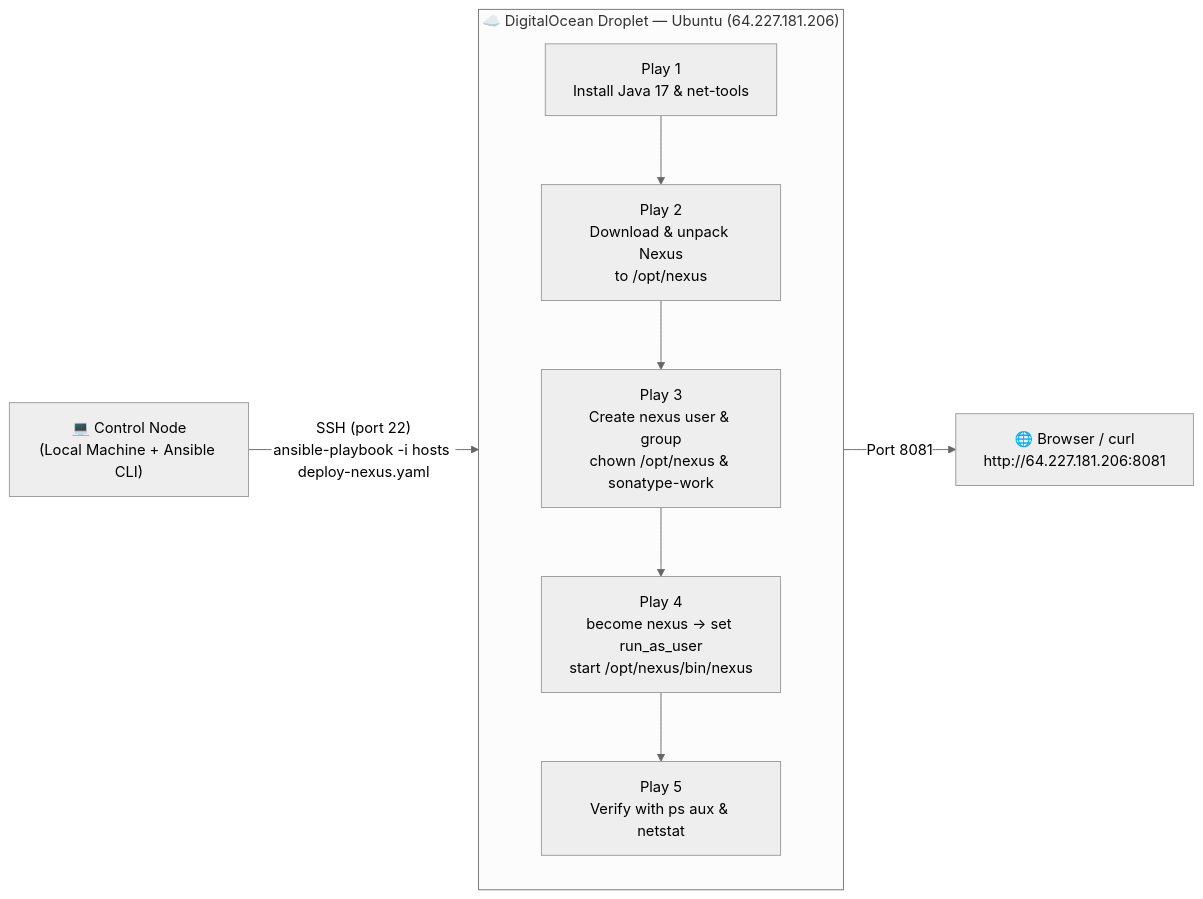
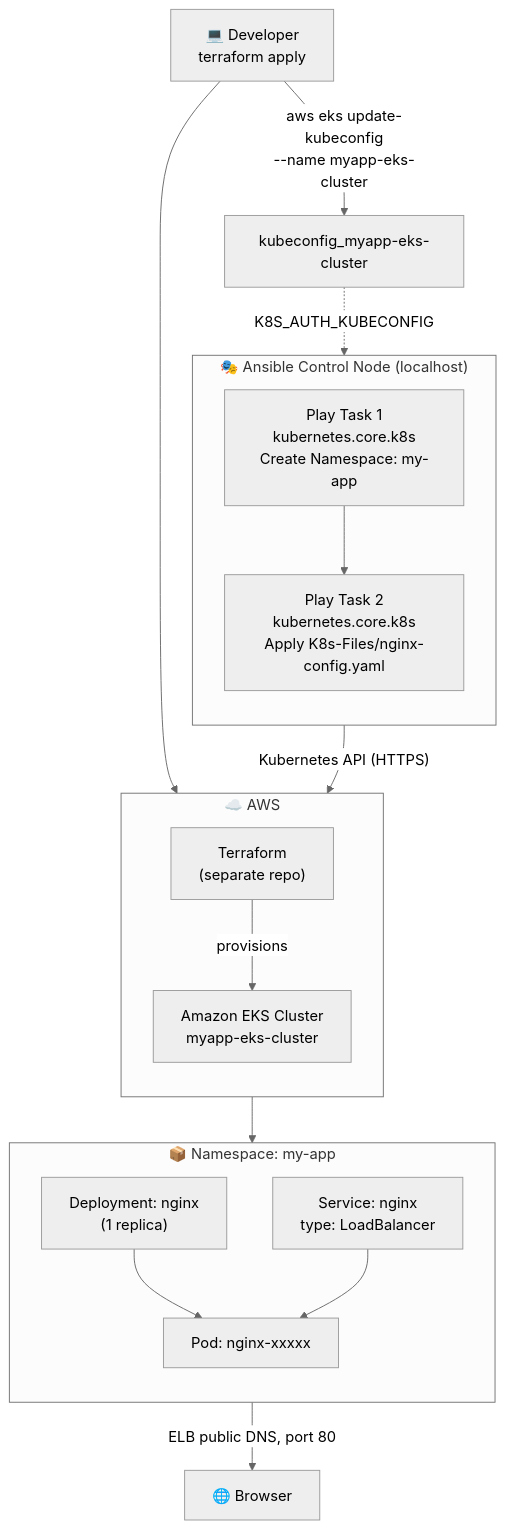
Before and after one commit to mustafa-saleh/ansible-automate-kubernetes-deployment: the diagram in README.md, drawn with Mermaid (neutral theme). The commit also changed other lines of this file and 1 other file, not shown here.

````diff
--- a/README.md
+++ b/README.md
@@ -66,14 +73,28 @@
 ```mermaid
-flowchart LR
-    A["💻 Control Node<br/>(Local Machine + Ansible CLI)"] -- "SSH (port 22)<br/>ansible-playbook -i hosts deploy-nexus.yaml" --> SG
+flowchart TB
+    Dev["💻 Developer<br/>terraform apply"] --> TF["Terraform<br/>(separate repo)"]
 
-    subgraph SG["☁️ DigitalOcean Droplet — Ubuntu (64.227.181.206)"]
+    subgraph AWS["☁️ AWS"]
         direction TB
-        C["Play 1<br/>Install Java 17 & net-tools"] --> D["Play 2<br/>Download & unpack Nexus<br/>to /opt/nexus"]
-        D --> E["Play 3<br/>Create nexus user & group<br/>chown /opt/nexus & sonatype-work"]
-        E --> F["Play 4<br/>become nexus → set run_as_user<br/>start /opt/nexus/bin/nexus"]
-        F --> G["Play 5<br/>Verify with ps aux & netstat"]
+        TF -- "provisions" --> EKS["Amazon EKS Cluster<br/>myapp-eks-cluster"]
     end
 
-    SG -- "Port 8081" --> H["🌐 Browser / curl<br/>http://64.227.181.206:8081"]
+    Dev -- "aws eks update-kubeconfig<br/>--name myapp-eks-cluster" --> KC["kubeconfig_myapp-eks-cluster"]
+    KC -. "K8S_AUTH_KUBECONFIG" .-> Ansible
+
+    subgraph Ansible["🎭 Ansible Control Node (localhost)"]
+        direction TB
+        P1["Play Task 1<br/>kubernetes.core.k8s<br/>Create Namespace: my-app"] --> P2["Play Task 2<br/>kubernetes.core.k8s<br/>Apply K8s-Files/nginx-config.yaml"]
+    end
+
+    P2 -- "Kubernetes API (HTTPS)" --> EKS
+
+    subgraph NS["📦 Namespace: my-app"]
+        direction TB
+        Deploy["Deployment: nginx<br/>(1 replica)"] --> Pod["Pod: nginx-xxxxx"]
+        Svc["Service: nginx<br/>type: LoadBalancer"] --> Pod
+    end
+
+    EKS --> NS
+    Svc -- "ELB public DNS, port 80" --> Browser["🌐 Browser"]
 ```
````
